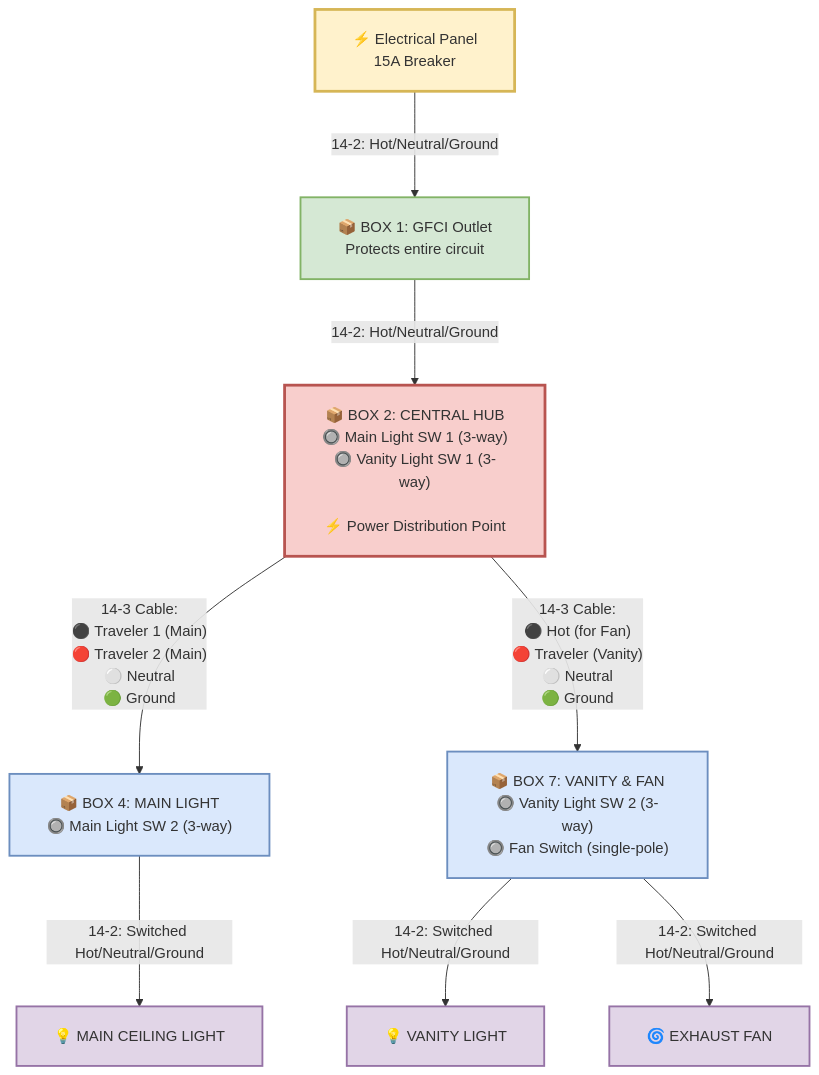
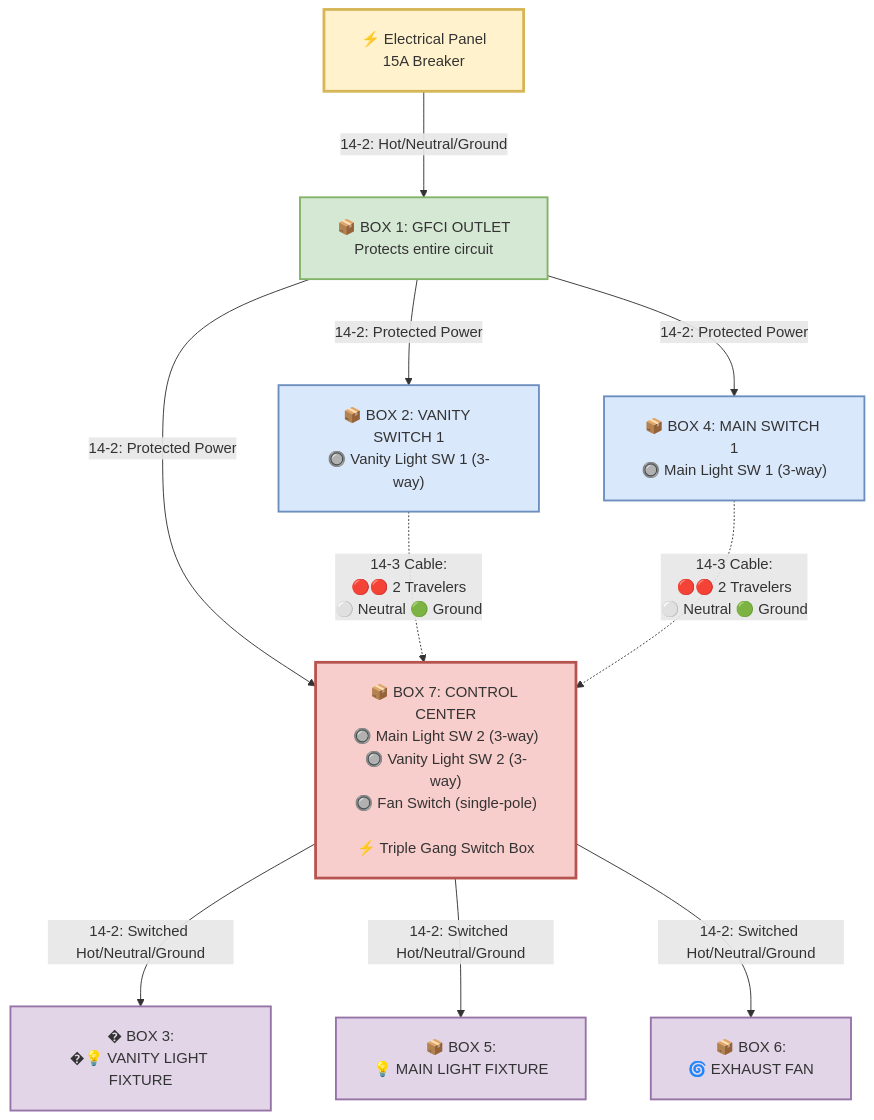
Before and after one commit to ticklemycode/electrical-wiring: the diagram in diagrams/mermaid-wiring-diagram.md, drawn with Mermaid. The commit also changed other lines of this file and 5 other files, not shown here.

````diff
--- a/diagrams/mermaid-wiring-diagram.md
+++ b/diagrams/mermaid-wiring-diagram.md
@@ -13,46 +13,49 @@
 ```mermaid
 %%{init: {'theme':'default', 'flowchart': {'nodeSpacing': 70, 'rankSpacing': 90, 'padding': 20}}}%%
 flowchart TD
     %% POWER SOURCE
     Panel["⚡ Electrical Panel<br/>15A Breaker"]
     
     %% PROTECTION
-    GFCI["📦 BOX 1: GFCI Outlet<br/>Protects entire circuit"]
+    GFCI["📦 BOX 1: GFCI OUTLET<br/>Protects entire circuit"]
     
-    %% DISTRIBUTION HUB
-    HubBox["📦 BOX 2: CENTRAL HUB<br/>🔘 Main Light SW 1 (3-way)<br/>🔘 Vanity Light SW 1 (3-way)<br/><br/>⚡ Power Distribution Point"]
+    %% INDIVIDUAL SWITCHES
+    VanityBox2["📦 BOX 2: VANITY SWITCH 1<br/>🔘 Vanity Light SW 1 (3-way)"]
+    MainBox4["📦 BOX 4: MAIN SWITCH 1<br/>🔘 Main Light SW 1 (3-way)"]
     
-    %% MAIN LIGHT CIRCUIT
-    MainBox["📦 BOX 4: MAIN LIGHT<br/>🔘 Main Light SW 2 (3-way)"]
-    MainLight["💡 MAIN CEILING LIGHT"]
+    %% CENTRAL SWITCH HUB
+    HubBox7["📦 BOX 7: CONTROL CENTER<br/>🔘 Main Light SW 2 (3-way)<br/>🔘 Vanity Light SW 2 (3-way)<br/>🔘 Fan Switch (single-pole)<br/><br/>⚡ Triple Gang Switch Box"]
     
-    %% VANITY & FAN CIRCUIT  
-    VanityBox["📦 BOX 7: VANITY & FAN<br/>🔘 Vanity Light SW 2 (3-way)<br/>🔘 Fan Switch (single-pole)"]
-    VanityLight["💡 VANITY LIGHT"]
-    Fan["🌀 EXHAUST FAN"]
+    %% FIXTURES
+    VanityFixture["� BOX 3:<br/>�💡 VANITY LIGHT FIXTURE"]
+    MainFixture["📦 BOX 5:<br/>💡 MAIN LIGHT FIXTURE"]
+    FanFixture["📦 BOX 6:<br/>🌀 EXHAUST FAN"]
 
-    %% CONNECTIONS WITH CABLE DETAILS
+    %% POWER DISTRIBUTION
     Panel -->|"14-2: Hot/Neutral/Ground"| GFCI
-    GFCI -->|"14-2: Hot/Neutral/Ground"| HubBox
+    GFCI -->|"14-2: Protected Power"| VanityBox2
+    GFCI -->|"14-2: Protected Power"| MainBox4
+    GFCI -->|"14-2: Protected Power"| HubBox7
     
-    HubBox -->|"14-3 Cable:<br/>⚫ Traveler 1 (Main)<br/>🔴 Traveler 2 (Main)<br/>⚪ Neutral<br/>🟢 Ground"| MainBox
+    %% 3-WAY CIRCUITS
+    VanityBox2 -.->|"14-3 Cable:<br/>🔴🔴 2 Travelers<br/>⚪ Neutral 🟢 Ground"| HubBox7
+    MainBox4 -.->|"14-3 Cable:<br/>🔴🔴 2 Travelers<br/>⚪ Neutral 🟢 Ground"| HubBox7
     
-    HubBox -->|"14-3 Cable:<br/>⚫ Hot (for Fan)<br/>🔴 Traveler (Vanity)<br/>⚪ Neutral<br/>🟢 Ground"| VanityBox
-    
-    MainBox -->|"14-2: Switched Hot/Neutral/Ground"| MainLight
-    VanityBox -->|"14-2: Switched Hot/Neutral/Ground"| VanityLight  
-    VanityBox -->|"14-2: Switched Hot/Neutral/Ground"| Fan
+    %% TO FIXTURES
+    HubBox7 -->|"14-2: Switched Hot/Neutral/Ground"| VanityFixture
+    HubBox7 -->|"14-2: Switched Hot/Neutral/Ground"| MainFixture
+    HubBox7 -->|"14-2: Switched Hot/Neutral/Ground"| FanFixture
 
     %% STYLING
     classDef source fill:#fff2cc,stroke:#d6b656,stroke-width:3px
     classDef protection fill:#d5e8d4,stroke:#82b366,stroke-width:2px
+    classDef switch fill:#dae8fc,stroke:#6c8ebf,stroke-width:2px
     classDef hub fill:#f8cecc,stroke:#b85450,stroke-width:3px
-    classDef switchbox fill:#dae8fc,stroke:#6c8ebf,stroke-width:2px
     classDef fixture fill:#e1d5e7,stroke:#9673a6,stroke-width:2px
 
     class Panel source
     class GFCI protection
-    class HubBox hub
-    class MainBox,VanityBox switchbox
-    class MainLight,VanityLight,Fan fixture
+    class VanityBox2,MainBox4 switch
+    class HubBox7 hub
+    class VanityFixture,MainFixture,FanFixture fixture
 ```
````
